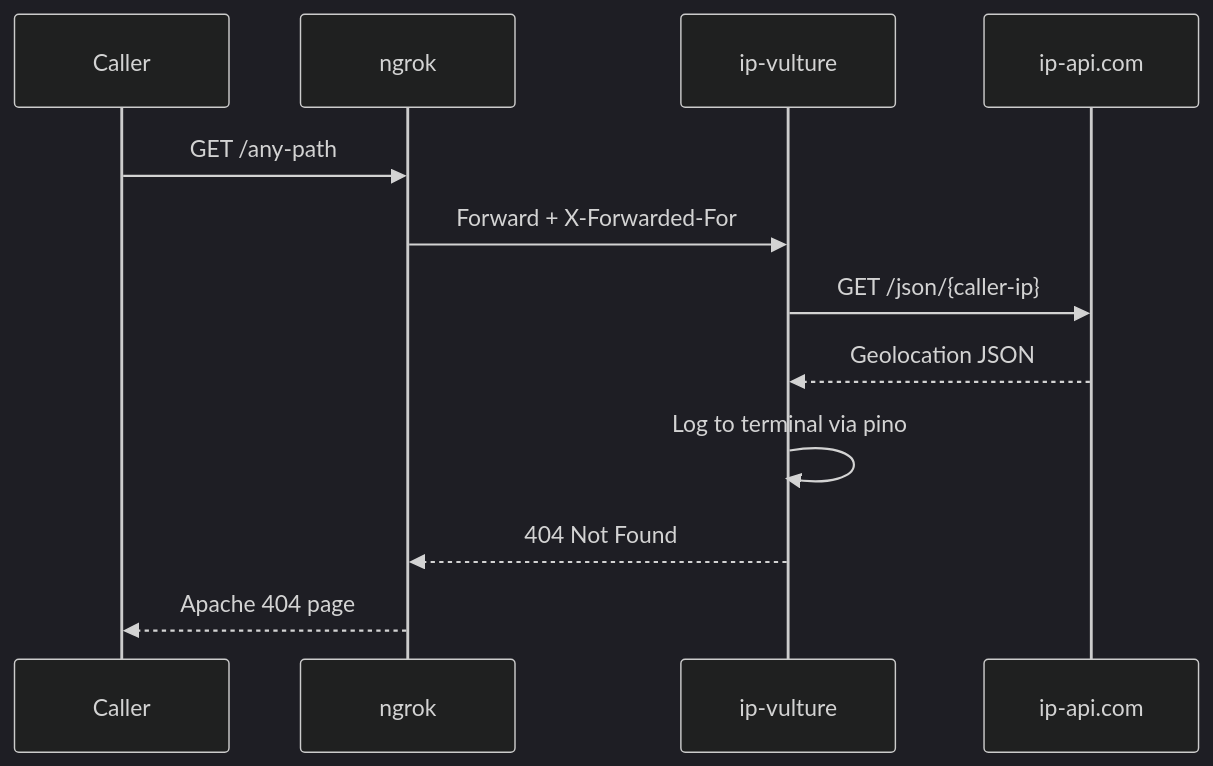
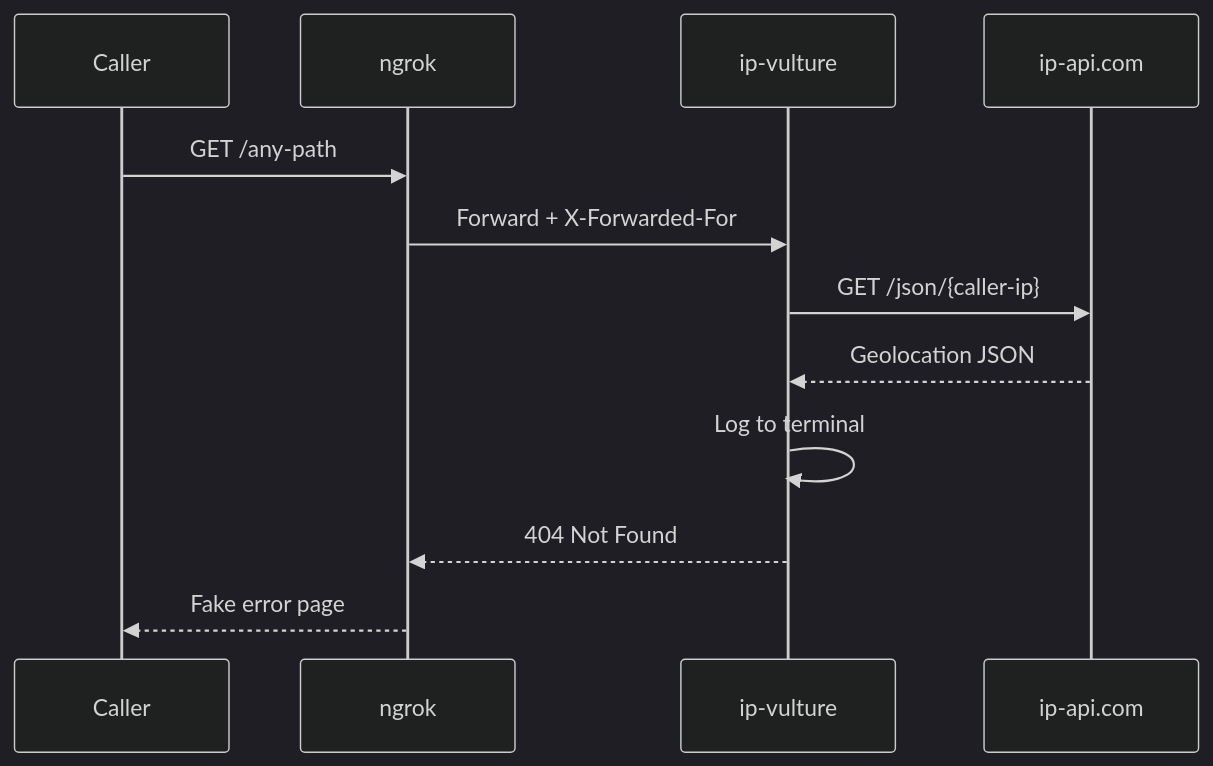
Before and after one commit to gufranco/ip-vulture: the diagram in README.md, drawn with Mermaid (dark theme). The commit also changed other lines of this file, not shown here.

````diff
--- a/README.md
+++ b/README.md
@@ -55,15 +55,15 @@
 ```mermaid
 sequenceDiagram
     participant C as Caller
     participant N as ngrok
     participant S as ip-vulture
     participant G as ip-api.com
 
     C->>N: GET /any-path
     N->>S: Forward + X-Forwarded-For
     S->>G: GET /json/{caller-ip}
     G-->>S: Geolocation JSON
-    S->>S: Log to terminal via pino
+    S->>S: Log to terminal
     S-->>N: 404 Not Found
-    N-->>C: Apache 404 page
+    N-->>C: Fake error page
 ```
````
